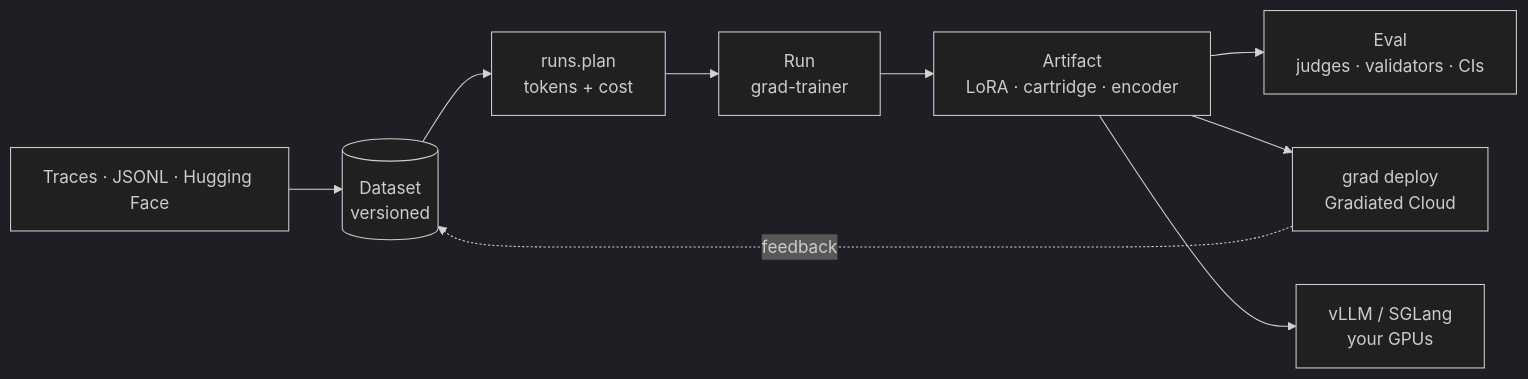
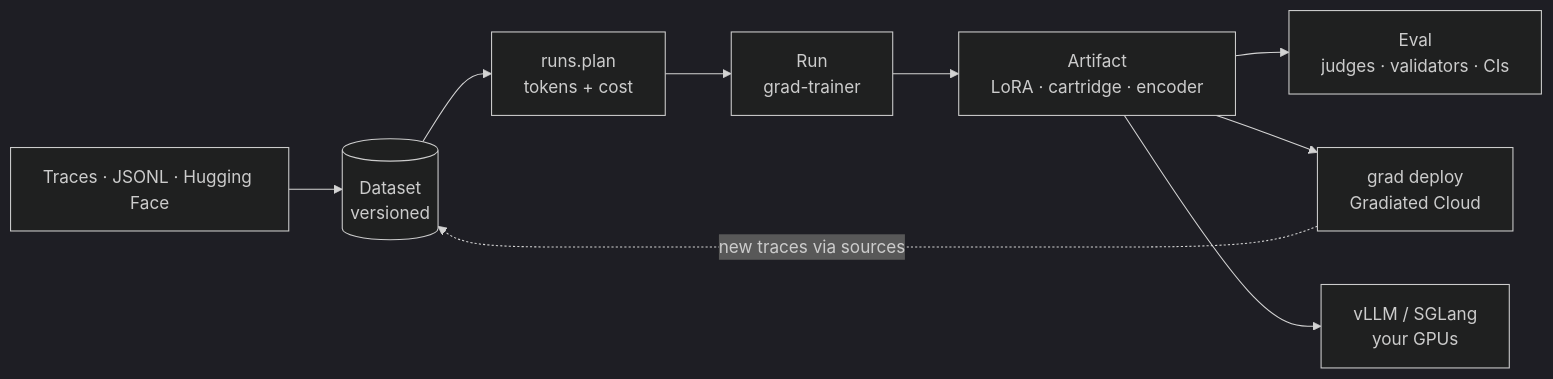
Before and after one commit to Gradiated/grad: the diagram in README.md, drawn with Mermaid (dark theme). The commit also changed other lines of this file and 2 other files, not shown here.

First line of the commit message:
docs(readme): router quickstart on shipped sample traces; no route or feedback; from-source installs

````diff
--- a/README.md
+++ b/README.md
@@ -203,11 +215,11 @@
 ```mermaid
 flowchart LR
     T["Traces · JSONL · Hugging Face"] --> D[("Dataset<br/>versioned")]
     D --> P["runs.plan<br/>tokens + cost"]
     P --> R["Run<br/>grad-trainer"]
     R --> A["Artifact<br/>LoRA · cartridge · encoder"]
     A --> E["Eval<br/>judges · validators · CIs"]
     A --> C["grad deploy<br/>Gradiated Cloud"]
     A --> S["vLLM / SGLang<br/>your GPUs"]
-    C -. feedback .-> D
+    C -. new traces via sources .-> D
 ```
````
